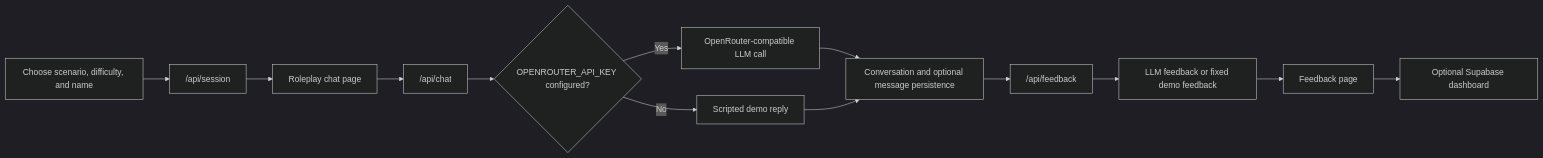
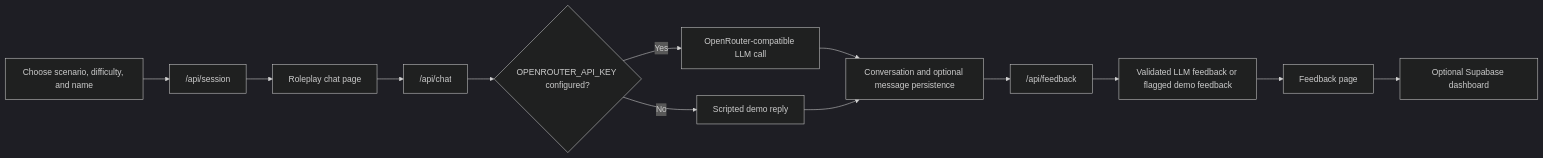
One commit to junhyung-L/ai-interview-simulator changed the diagram in README.md. Above: the diagram before and after it, drawn with Mermaid (dark theme). The commit also changed other lines of this file and 24 other files, not shown here.

First line of the commit message:
Make demo mode work without keys; fix score labels and validate feedback

````diff
--- a/README.md
+++ b/README.md
@@ -49,15 +69,15 @@
 ```mermaid
 flowchart LR
     A[Choose scenario, difficulty, and name] --> B["/api/session"]
     B --> C[Roleplay chat page]
     C --> D["/api/chat"]
     D --> E{OPENROUTER_API_KEY configured?}
     E -->|Yes| F[OpenRouter-compatible LLM call]
     E -->|No| G[Scripted demo reply]
     F --> H[Conversation and optional message persistence]
     G --> H
     H --> I["/api/feedback"]
-    I --> J[LLM feedback or fixed demo feedback]
+    I --> J[Validated LLM feedback or flagged demo feedback]
     J --> K[Feedback page]
     K --> L[Optional Supabase dashboard]
 ```
````
